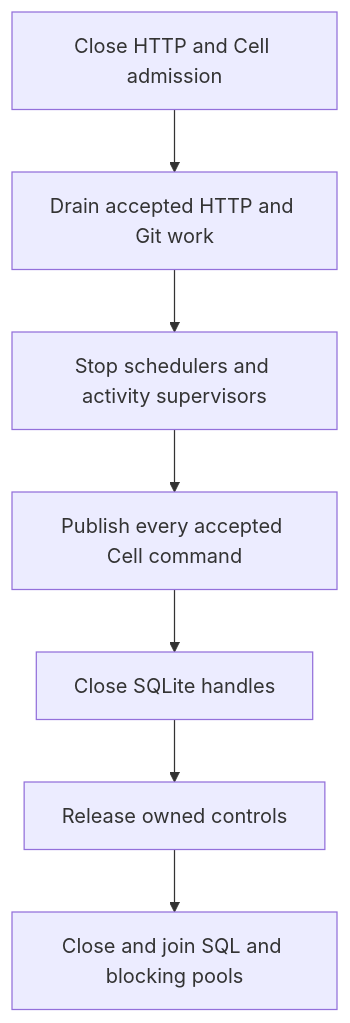
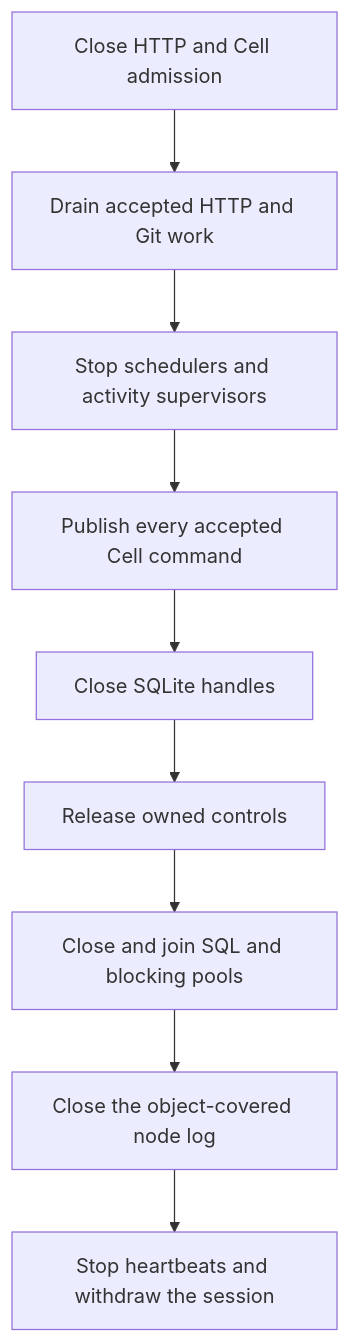
Before and after one commit to crabbuild/crab: the fourth of 4 diagrams in crates/crab-cell-runtime/docs/runtime.md, drawn with Mermaid. The commit also changed other lines of this file and 105 other files, not shown here.

````diff
--- a/crates/crab-cell-runtime/docs/runtime.md
+++ b/crates/crab-cell-runtime/docs/runtime.md
@@ -300,12 +306,14 @@
 ```mermaid
 flowchart TD
     Close[Close HTTP and Cell admission]
     Requests[Drain accepted HTTP and Git work]
     Schedulers[Stop schedulers and activity supervisors]
     Publish[Publish every accepted Cell command]
     Sql[Close SQLite handles]
     Release[Release owned controls]
     Pool[Close and join SQL and blocking pools]
+    Log[Close the object-covered node log]
+    Session[Stop heartbeats and withdraw the session]
 
-    Close --> Requests --> Schedulers --> Publish --> Sql --> Release --> Pool
+    Close --> Requests --> Schedulers --> Publish --> Sql --> Release --> Pool --> Log --> Session
 ```
````
